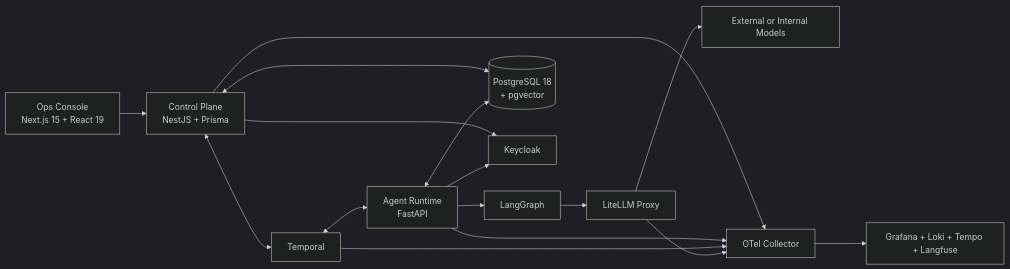
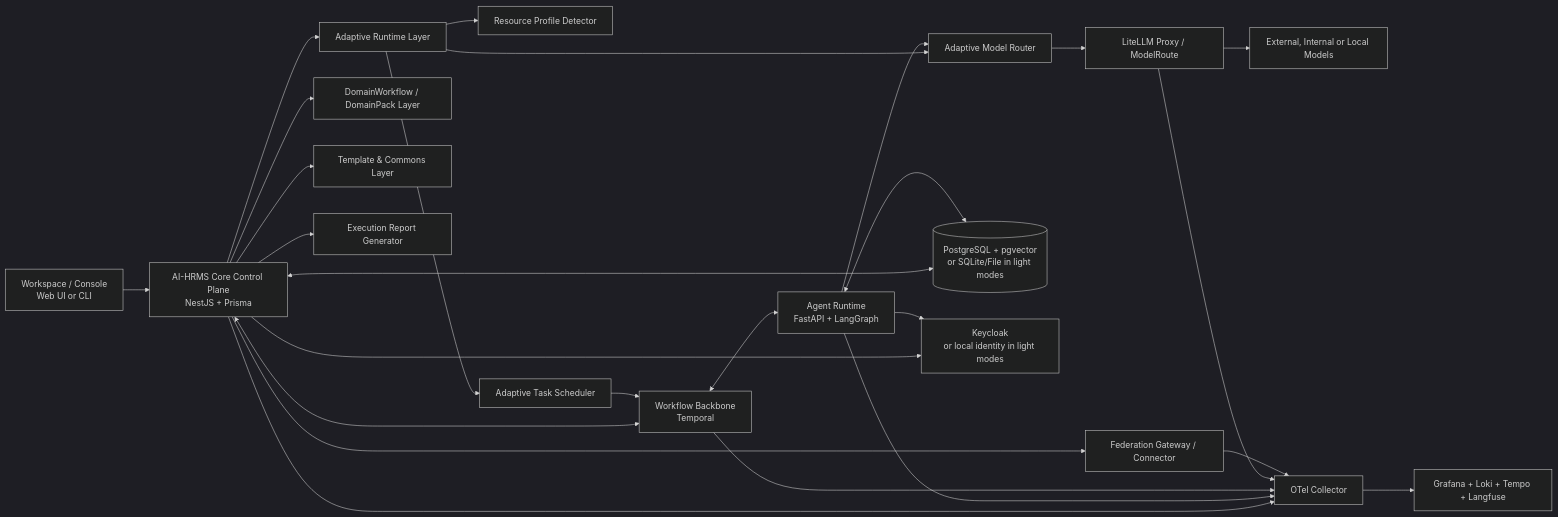
The diagram in docs/zh-CN/architecture-blueprint.md (snowstorm-lightning/FreedomRealm), drawn with Mermaid (dark theme) before and after one commit. The commit also changed other lines of this file and 27 other files, not shown here.

````diff
--- a/docs/zh-CN/architecture-blueprint.md
+++ b/docs/zh-CN/architecture-blueprint.md
@@ -7,30 +7,47 @@
 ```mermaid
 flowchart LR
-    UI[Ops Console<br/>Next.js 15 + React 19]
-    API[Control Plane<br/>NestJS + Prisma]
-    WF[Temporal]
-    AR[Agent Runtime<br/>FastAPI]
-    LG[LangGraph]
-    DB[(PostgreSQL 18<br/>+ pgvector)]
-    KC[Keycloak]
-    GW[LiteLLM Proxy]
-    MP[External or Internal Models]
+    UI[Workspace / Console<br/>Web UI or CLI]
+    API[AI-HRMS Core Control Plane<br/>NestJS + Prisma]
+    WF[Workflow Backbone<br/>Temporal]
+    AR[Agent Runtime<br/>FastAPI + LangGraph]
+    AD[Adaptive Runtime Layer]
+    RP[Resource Profile Detector]
+    MR[Adaptive Model Router]
+    TS[Adaptive Task Scheduler]
+    DP[DomainWorkflow / DomainPack Layer]
+    TC[Template & Commons Layer]
+    FG[Federation Gateway / Connector]
+    ER[Execution Report Generator]
+    DB[(PostgreSQL + pgvector<br/>or SQLite/File in light modes)]
+    KC[Keycloak<br/>or local identity in light modes]
+    GW[LiteLLM Proxy / ModelRoute]
+    MP[External, Internal or Local Models]
     OT[OTel Collector]
     OBS[Grafana + Loki + Tempo + Langfuse]
 
     UI --> API
     API <--> WF
     WF <--> AR
-    AR --> LG
+    API --> AD
+    AD --> RP
+    AD --> MR
+    AD --> TS
+    MR --> GW
+    GW --> MP
+    AR --> MR
+    TS --> WF
+    API --> DP
+    API --> TC
+    API --> FG
+    API --> ER
     API <--> DB
     AR <--> DB
     API --> KC
     AR --> KC
-    LG --> GW
-    GW --> MP
     API --> OT
     AR --> OT
     WF --> OT
     GW --> OT
+    FG --> OT
     OT --> OBS
 ```
````
